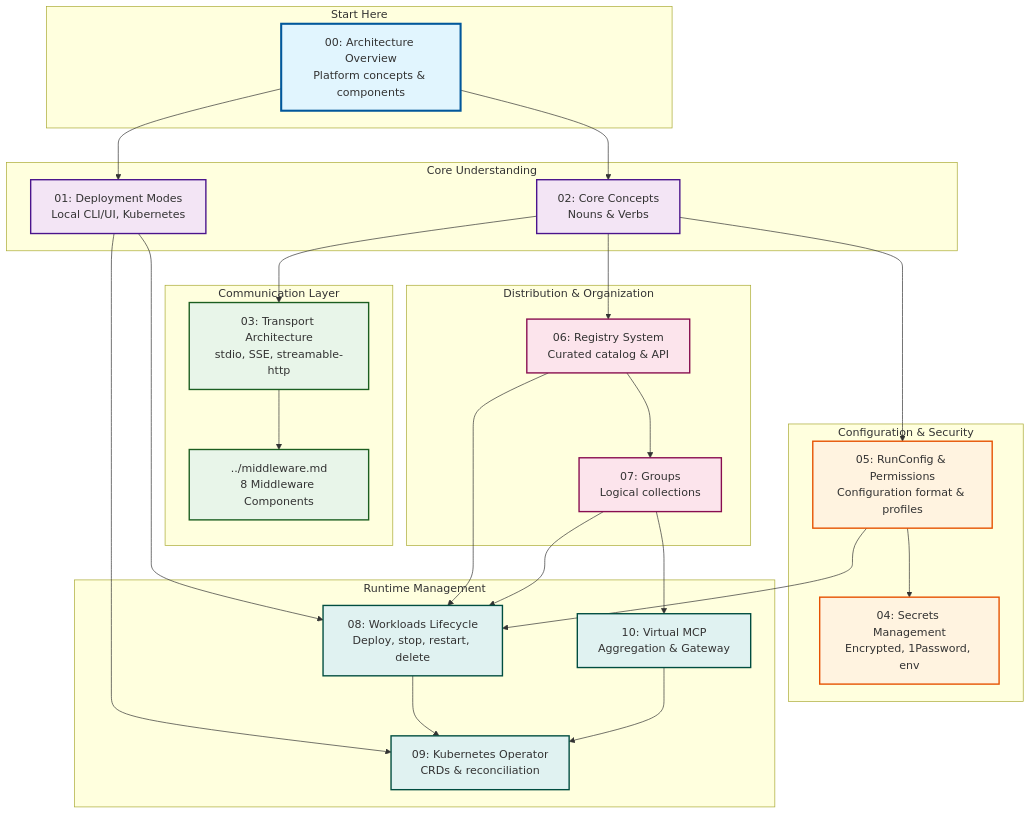
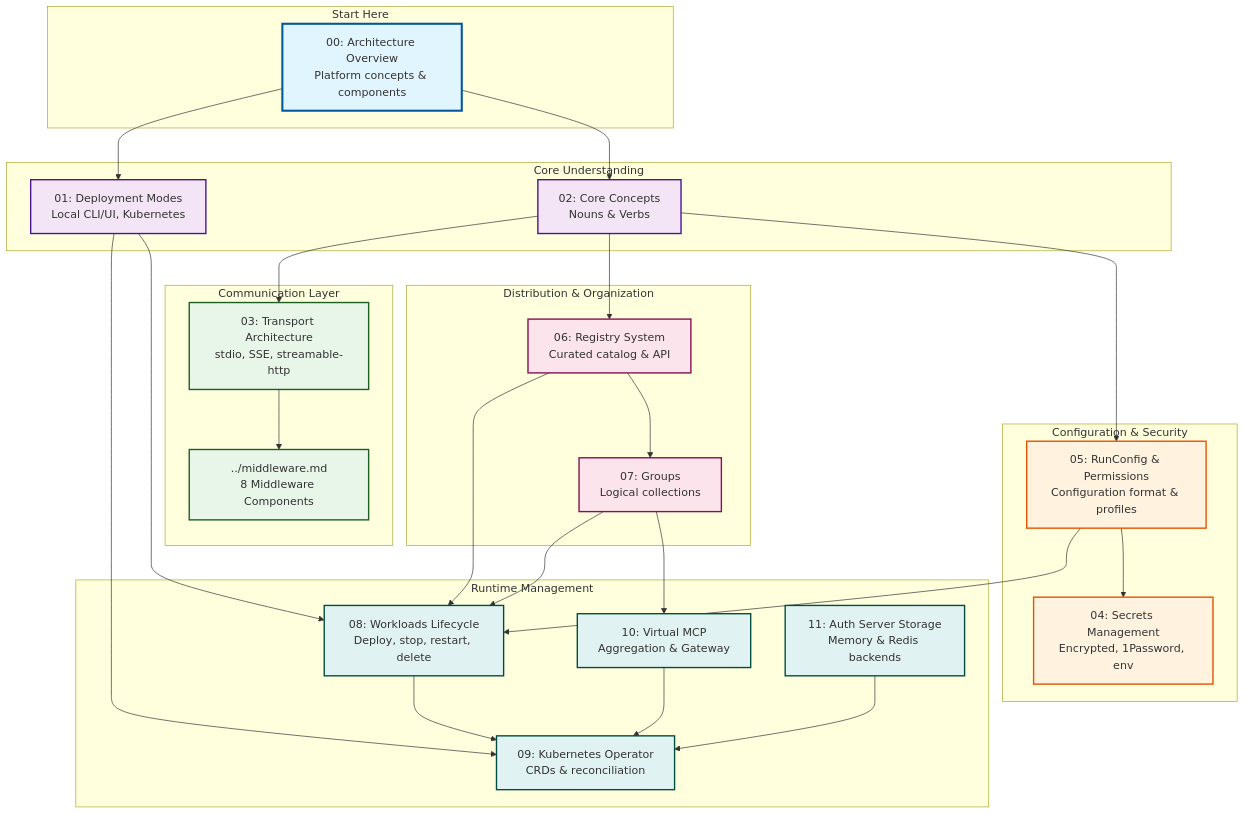
The diagram in docs/arch/README.md (stacklok/toolhive), drawn with Mermaid before and after one commit. The commit also changed other lines of this file and 8 other files, not shown here.

First line of the commit message:
Add Redis Sentinel storage documentation

````diff
--- a/docs/arch/README.md
+++ b/docs/arch/README.md
@@ -91,71 +98,74 @@
 ```mermaid
 graph TB
     subgraph "Start Here"
         Overview[00: Architecture Overview<br/>Platform concepts & components]
     end
 
     subgraph "Core Understanding"
         Concepts[02: Core Concepts<br/>Nouns & Verbs]
         Deployment[01: Deployment Modes<br/>Local CLI/UI, Kubernetes]
     end
 
     subgraph "Communication Layer"
         Transport[03: Transport Architecture<br/>stdio, SSE, streamable-http]
         Middleware[../middleware.md<br/>8 Middleware Components]
     end
 
     subgraph "Configuration & Security"
         RunConfig[05: RunConfig & Permissions<br/>Configuration format & profiles]
         Secrets[04: Secrets Management<br/>Encrypted, 1Password, env]
     end
 
     subgraph "Distribution & Organization"
         Registry[06: Registry System<br/>Curated catalog & API]
         Groups[07: Groups<br/>Logical collections]
     end
 
     subgraph "Runtime Management"
         Workloads[08: Workloads Lifecycle<br/>Deploy, stop, restart, delete]
         Operator[09: Kubernetes Operator<br/>CRDs & reconciliation]
         vMCP[10: Virtual MCP<br/>Aggregation & Gateway]
+        AuthStorage[11: Auth Server Storage<br/>Memory & Redis backends]
     end
 
     %% Navigation paths
     Overview --> Concepts
     Overview --> Deployment
 
     Concepts --> Transport
     Concepts --> RunConfig
     Concepts --> Registry
 
     Deployment --> Operator
     Deployment --> Workloads
 
     Transport --> Middleware
 
     RunConfig --> Secrets
     RunConfig --> Workloads
 
     Registry --> Groups
     Registry --> Workloads
 
     Groups --> Workloads
     Groups --> vMCP
 
     Workloads --> Operator
     vMCP --> Operator
+    AuthStorage --> Operator
 
     %% Styling
     style Overview fill:#e1f5fe,stroke:#01579b,stroke-width:3px
     style Concepts fill:#f3e5f5,stroke:#4a148c,stroke-width:2px
     style Deployment fill:#f3e5f5,stroke:#4a148c,stroke-width:2px
     style Transport fill:#e8f5e9,stroke:#1b5e20,stroke-width:2px
     style Middleware fill:#e8f5e9,stroke:#1b5e20,stroke-width:2px
     style RunConfig fill:#fff3e0,stroke:#e65100,stroke-width:2px
     style Secrets fill:#fff3e0,stroke:#e65100,stroke-width:2px
     style Registry fill:#fce4ec,stroke:#880e4f,stroke-width:2px
     style Groups fill:#fce4ec,stroke:#880e4f,stroke-width:2px
     style Workloads fill:#e0f2f1,stroke:#004d40,stroke-width:2px
     style Operator fill:#e0f2f1,stroke:#004d40,stroke-width:2px
     style vMCP fill:#e0f2f1,stroke:#004d40,stroke-width:2px
+    style AuthStorage fill:#e0f2f1,stroke:#004d40,stroke-width:2px
 ```
````
